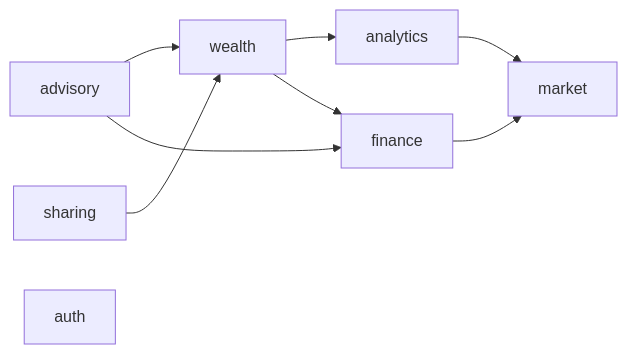
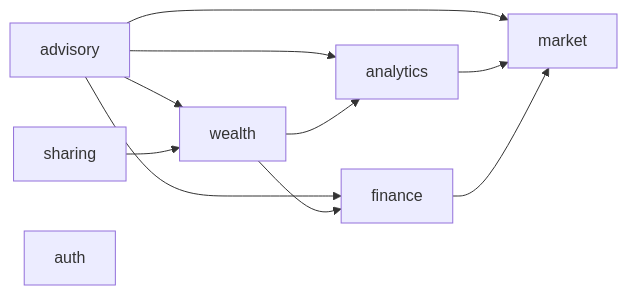
One commit to Nikhil-Mundhra/Wealth-Advisor changed the diagram in backend/docs/module-dependencies.md. Above: the diagram before and after it, drawn with Mermaid. The commit also changed other lines of this file and 13 other files, not shown here.

````diff
--- a/backend/docs/module-dependencies.md
+++ b/backend/docs/module-dependencies.md
@@ -6,11 +6,13 @@
 ```mermaid
 flowchart LR
   advisory --> wealth
   advisory --> finance
+  advisory --> market
+  advisory --> analytics
   sharing --> wealth
   wealth --> analytics
   wealth --> finance
   analytics --> market
   finance --> market
   auth
 ```
````
